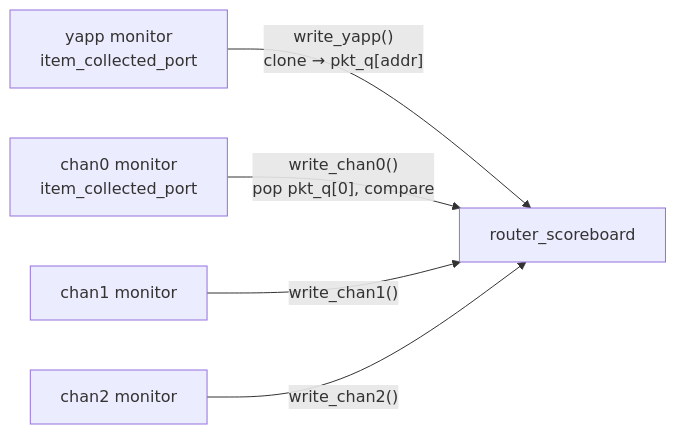
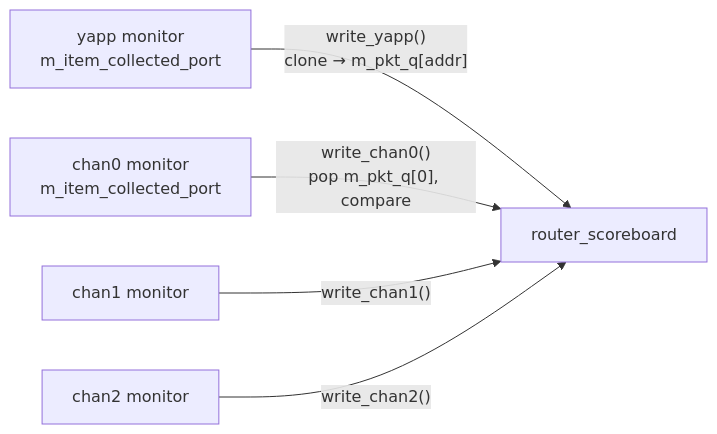
One commit to tamirgabgab/Qcom-Mentoring changed the diagram in docs/labs/lab09a.md. Above: the diagram before and after it, drawn with Mermaid. The commit also changed 83 other files, not shown here.

First line of the commit message:
Site diagrams use the code's variable names

````diff
--- a/docs/labs/lab09a.md
+++ b/docs/labs/lab09a.md
@@ -23,7 +23,7 @@
 ```mermaid
 flowchart LR
-    Y["yapp monitor<br/>item_collected_port"] -->|"write_yapp()<br/>clone → pkt_q[addr]"| SB["router_scoreboard"]
-    C0["chan0 monitor<br/>item_collected_port"] -->|"write_chan0()<br/>pop pkt_q[0], compare"| SB
+    Y["yapp monitor<br/>m_item_collected_port"] -->|"write_yapp()<br/>clone → m_pkt_q[addr]"| SB["router_scoreboard"]
+    C0["chan0 monitor<br/>m_item_collected_port"] -->|"write_chan0()<br/>pop m_pkt_q[0], compare"| SB
     C1["chan1 monitor"] -->|"write_chan1()"| SB
     C2["chan2 monitor"] -->|"write_chan2()"| SB
 ```
````
